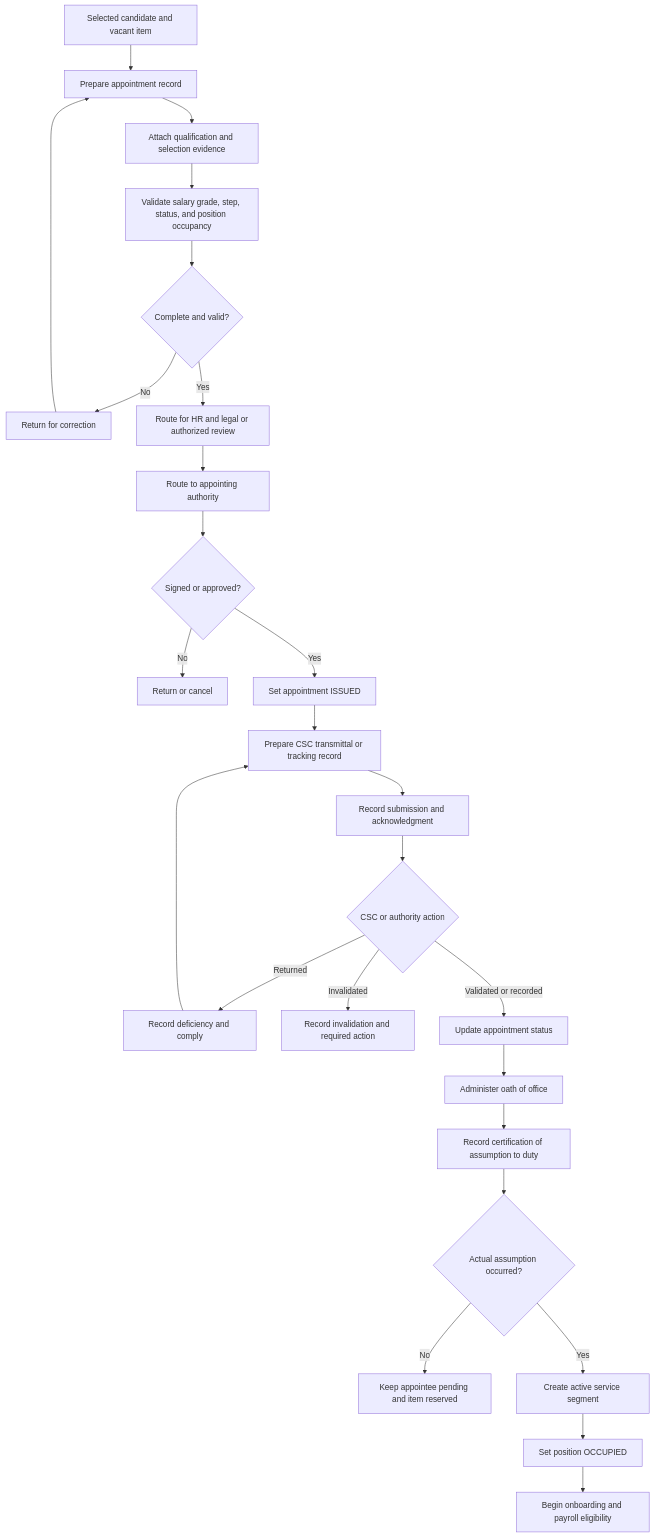
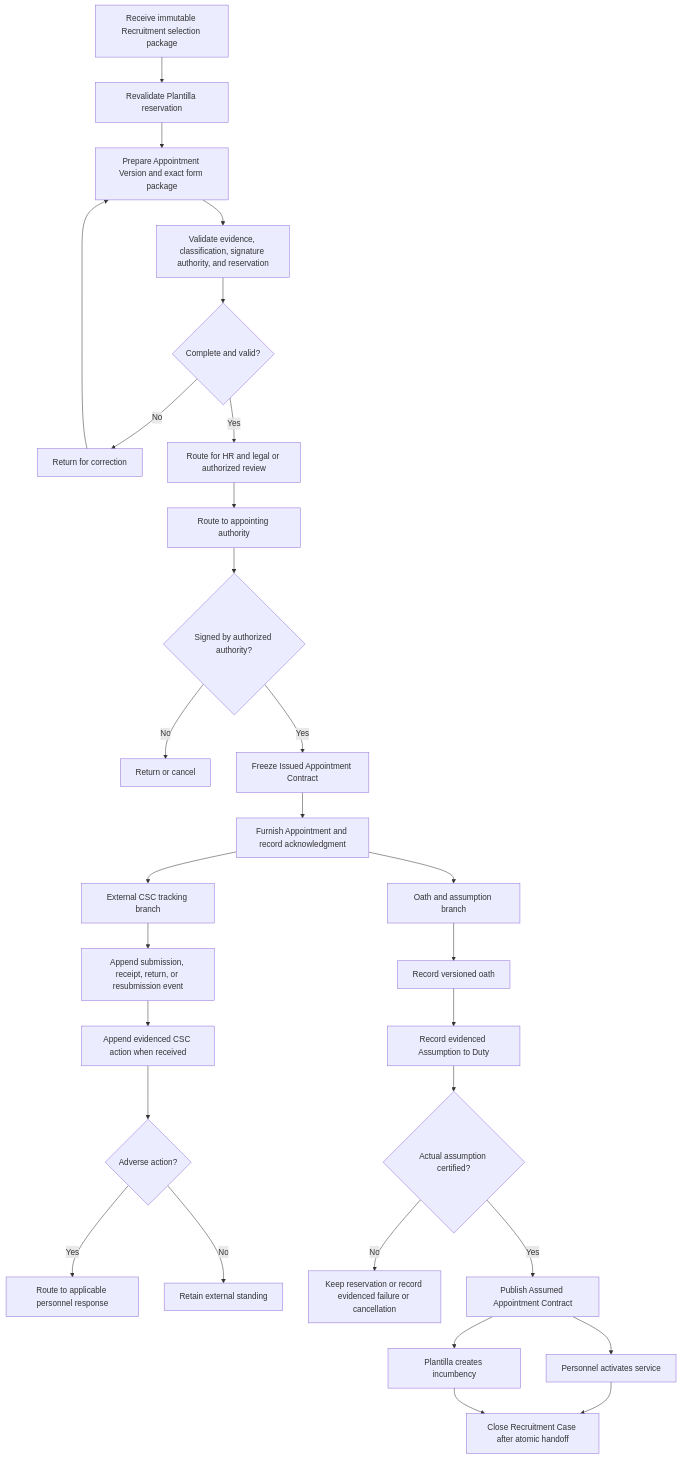
Before and after one commit to systemeror12/lingkod-hr: the fourth of 15 diagrams in docs/mvp-workflows.md, drawn with Mermaid. The commit also changed other lines of this file and 6 other files, not shown here.

Commit message:
docs: define phase 6 recruitment and appointment contracts (#138)

````diff
--- a/docs/mvp-workflows.md
+++ b/docs/mvp-workflows.md
@@ -175,28 +178,31 @@
 ```mermaid
 flowchart TD
-    A[Selected candidate and vacant item] --> B[Prepare appointment record]
-    B --> C[Attach qualification and selection evidence]
-    C --> D[Validate salary grade, step, status, and position occupancy]
+    A[Receive immutable Recruitment selection package] --> B[Revalidate Plantilla reservation]
+    B --> C[Prepare Appointment Version and exact form package]
+    C --> D[Validate evidence, classification, signature authority, and reservation]
     D --> E{Complete and valid?}
     E -- No --> F[Return for correction]
-    F --> B
+    F --> C
     E -- Yes --> G[Route for HR and legal or authorized review]
     G --> H[Route to appointing authority]
-    H --> I{Signed or approved?}
+    H --> I{Signed by authorized authority?}
     I -- No --> J[Return or cancel]
-    I -- Yes --> K[Set appointment ISSUED]
-    K --> L[Prepare CSC transmittal or tracking record]
-    L --> M[Record submission and acknowledgment]
-    M --> N{CSC or authority action}
-    N -- Returned --> O[Record deficiency and comply]
-    O --> L
-    N -- Invalidated --> P[Record invalidation and required action]
-    N -- Validated or recorded --> Q[Update appointment status]
-    Q --> R[Administer oath of office]
-    R --> S[Record certification of assumption to duty]
-    S --> T{Actual assumption occurred?}
-    T -- No --> U[Keep appointee pending and item reserved]
-    T -- Yes --> V[Create active service segment]
-    V --> W[Set position OCCUPIED]
-    W --> X[Begin onboarding and payroll eligibility]
+    I -- Yes --> K[Freeze Issued Appointment Contract]
+    K --> L[Furnish Appointment and record acknowledgment]
+    L --> M[External CSC tracking branch]
+    L --> N[Oath and assumption branch]
+    M --> O[Append submission, receipt, return, or resubmission event]
+    O --> P[Append evidenced CSC action when received]
+    P --> Q{Adverse action?}
+    Q -- Yes --> R[Route to applicable personnel response]
+    Q -- No --> S[Retain external standing]
+    N --> T[Record versioned oath]
+    T --> U[Record evidenced Assumption to Duty]
+    U --> V{Actual assumption certified?}
+    V -- No --> W[Keep reservation or record evidenced failure or cancellation]
+    V -- Yes --> X[Publish Assumed Appointment Contract]
+    X --> Y[Personnel activates service]
+    X --> Z[Plantilla creates incumbency]
+    Y --> AA[Close Recruitment Case after atomic handoff]
+    Z --> AA
 ```
````
